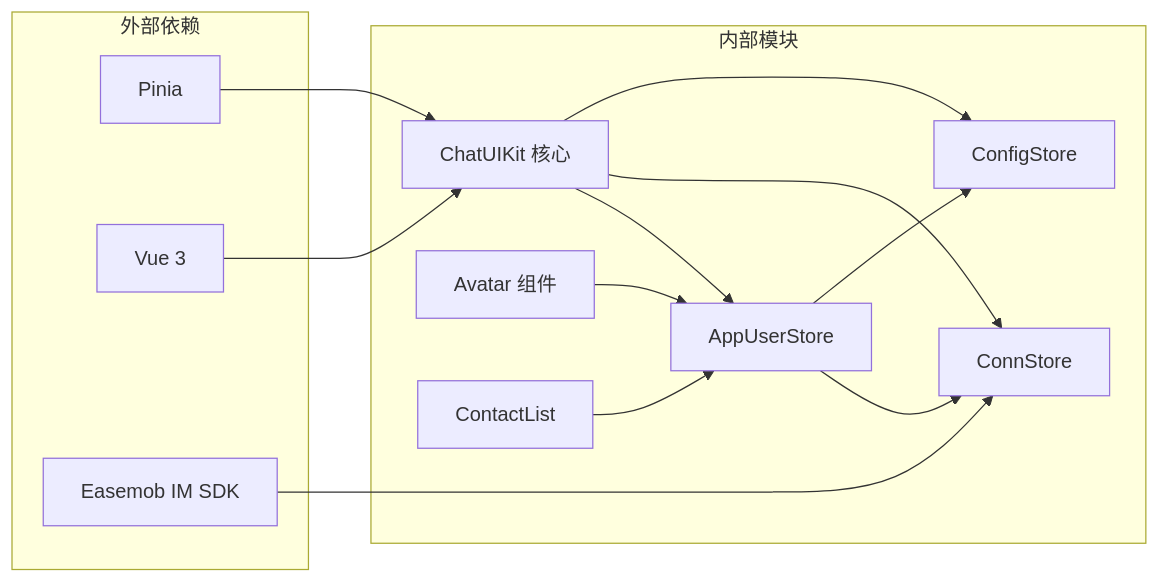
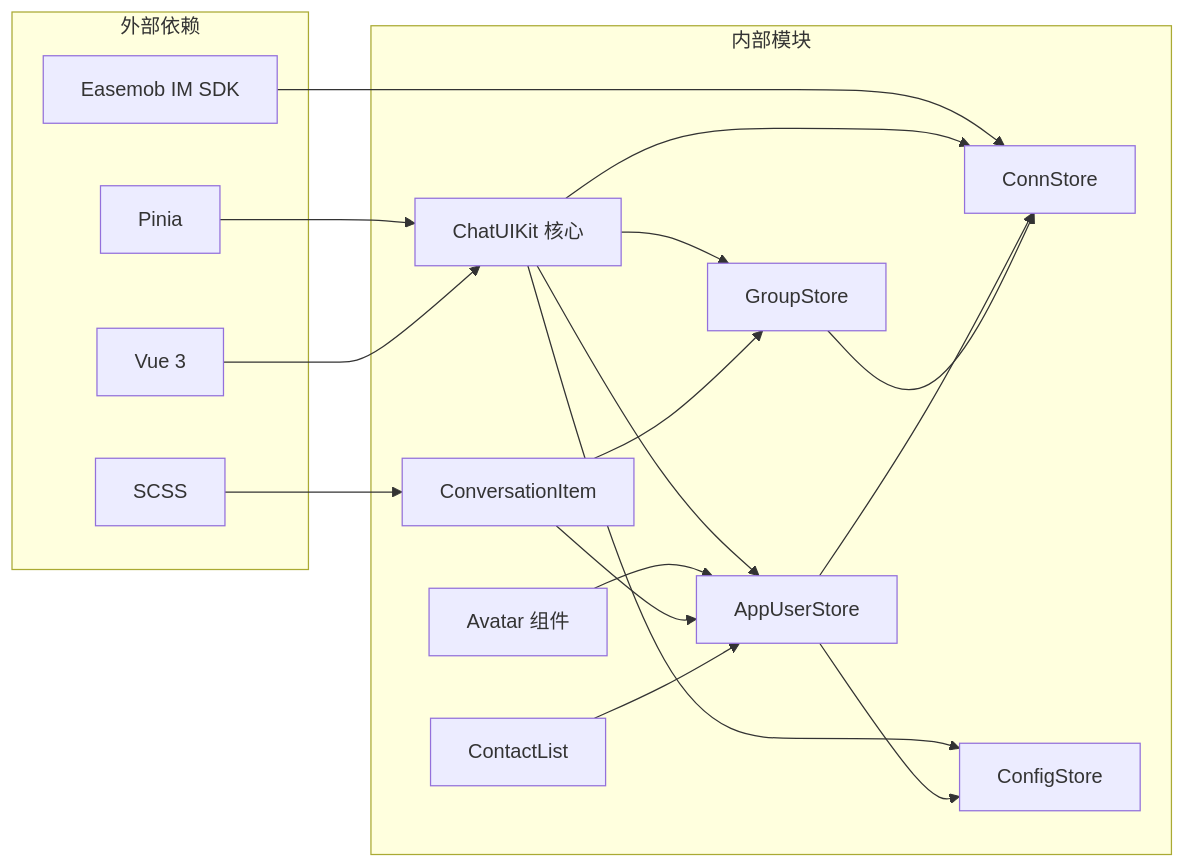
One commit to Easemob-Community/easemob-uikit-uniapp-community changed the seventh of 7 diagrams in .qoder/repowiki/zh/content/User Status Management.md. Above: the diagram before and after it, drawn with Mermaid. The commit also changed other lines of this file and 5 other files, not shown here.

````diff
--- a/.qoder/repowiki/zh/content/User Status Management.md
+++ b/.qoder/repowiki/zh/content/User Status Management.md
@@ -290,26 +388,34 @@
 ```mermaid
 graph LR
 subgraph "外部依赖"
 A[Pinia]
 B[Vue 3]
 C[Easemob IM SDK]
+D[SCSS]
 end
 subgraph "内部模块"
-D[ChatUIKit 核心]
-E[AppUserStore]
-F[ConnStore]
-G[ConfigStore]
-H[Avatar 组件]
-I[ContactList]
+E[ChatUIKit 核心]
+F[AppUserStore]
+G[GroupStore]
+H[ConnStore]
+I[ConfigStore]
+J[Avatar 组件]
+K[ConversationItem]
+L[ContactList]
 end
-A --> D
-B --> D
-C --> F
-D --> E
-D --> F
-D --> G
+A --> E
+B --> E
+C --> H
+D --> K
 E --> F
 E --> G
-H --> E
-I --> E
+E --> H
+E --> I
+F --> H
+F --> I
+G --> H
+J --> F
+K --> F
+K --> G
+L --> F
 ```
````
